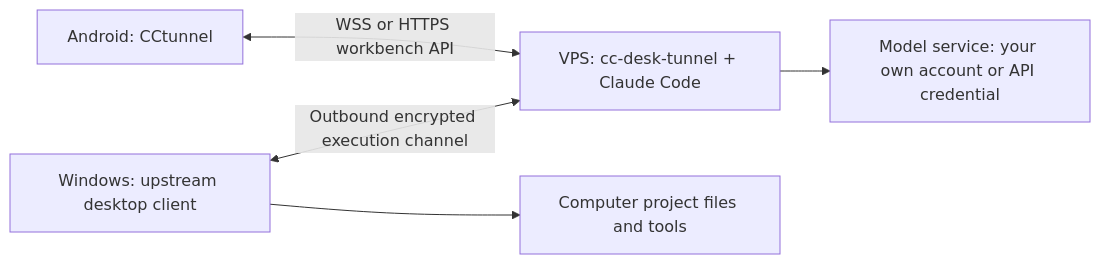
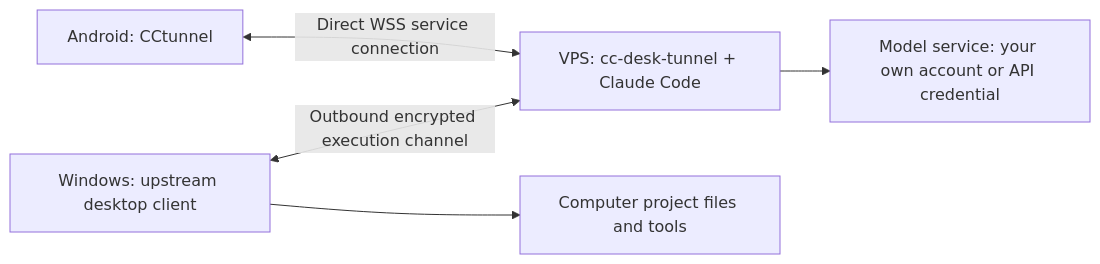
Before and after one commit to tuolola/cc-android-tunnel: the diagram in README.en.md, drawn with Mermaid. The commit also changed other lines of this file and 48 other files, not shown here.

````diff
--- a/README.en.md
+++ b/README.en.md
@@ -58,7 +60,7 @@
 ```mermaid
 flowchart LR
-    Phone[Android: CCtunnel] <-->|WSS or HTTPS workbench API| Server[VPS: cc-desk-tunnel + Claude Code]
+    Phone[Android: CCtunnel] <-->|Direct WSS service connection| Server[VPS: cc-desk-tunnel + Claude Code]
     Desktop[Windows: upstream desktop client] <-->|Outbound encrypted execution channel| Server
     Desktop --> Project[Computer project files and tools]
     Server --> Model[Model service: your own account or API credential]
 ```
````
